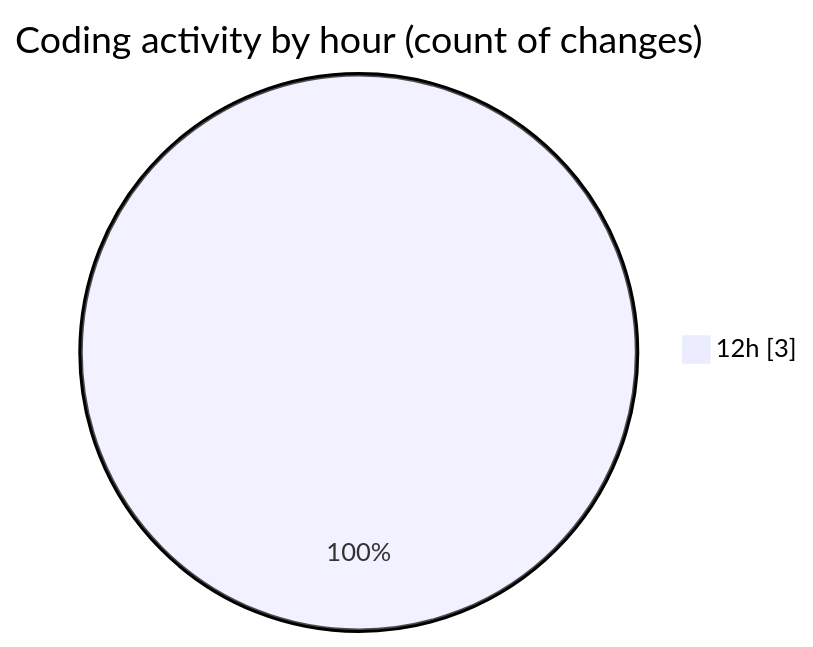
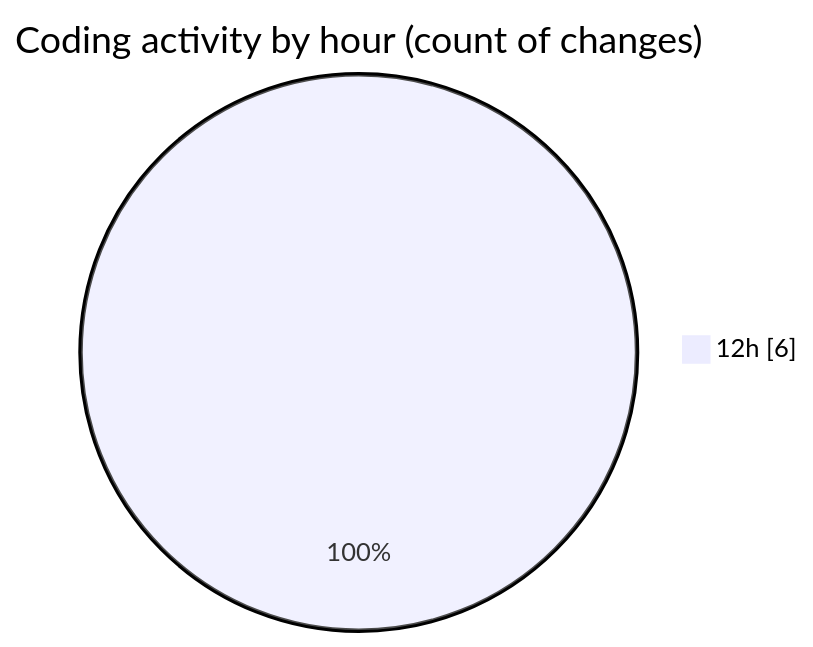
The second of 2 diagrams in 2025-03-25/kml/README.md (LanceThiago/code-tracking), drawn with Mermaid before and after one commit. The commit also changed other lines of this file and 1 other file, not shown here.

````diff
--- a/2025-03-25/kml/README.md
+++ b/2025-03-25/kml/README.md
@@ -28,5 +28,5 @@
 ```mermaid
 pie showData
 title Coding activity by hour (count of changes)
-"12h" : 3
+"12h" : 6
 ```
````
